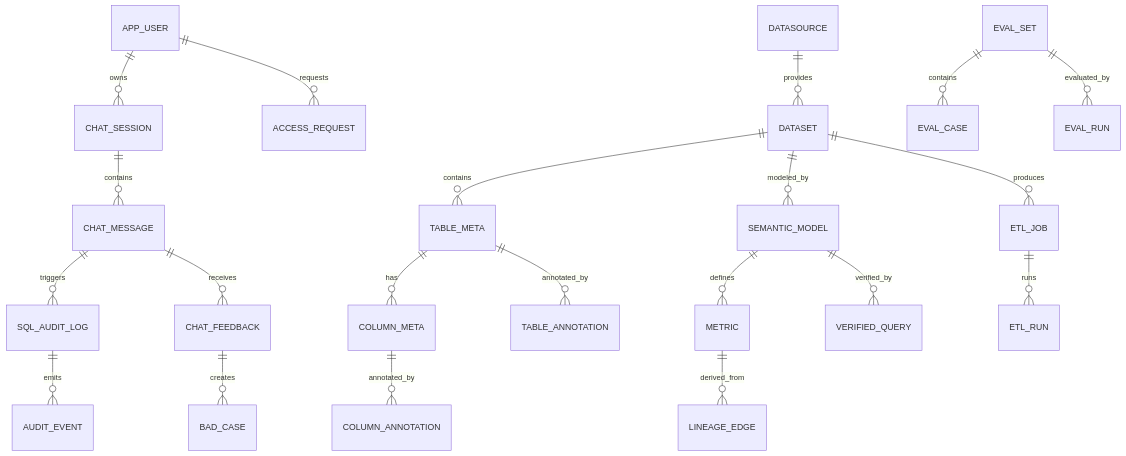
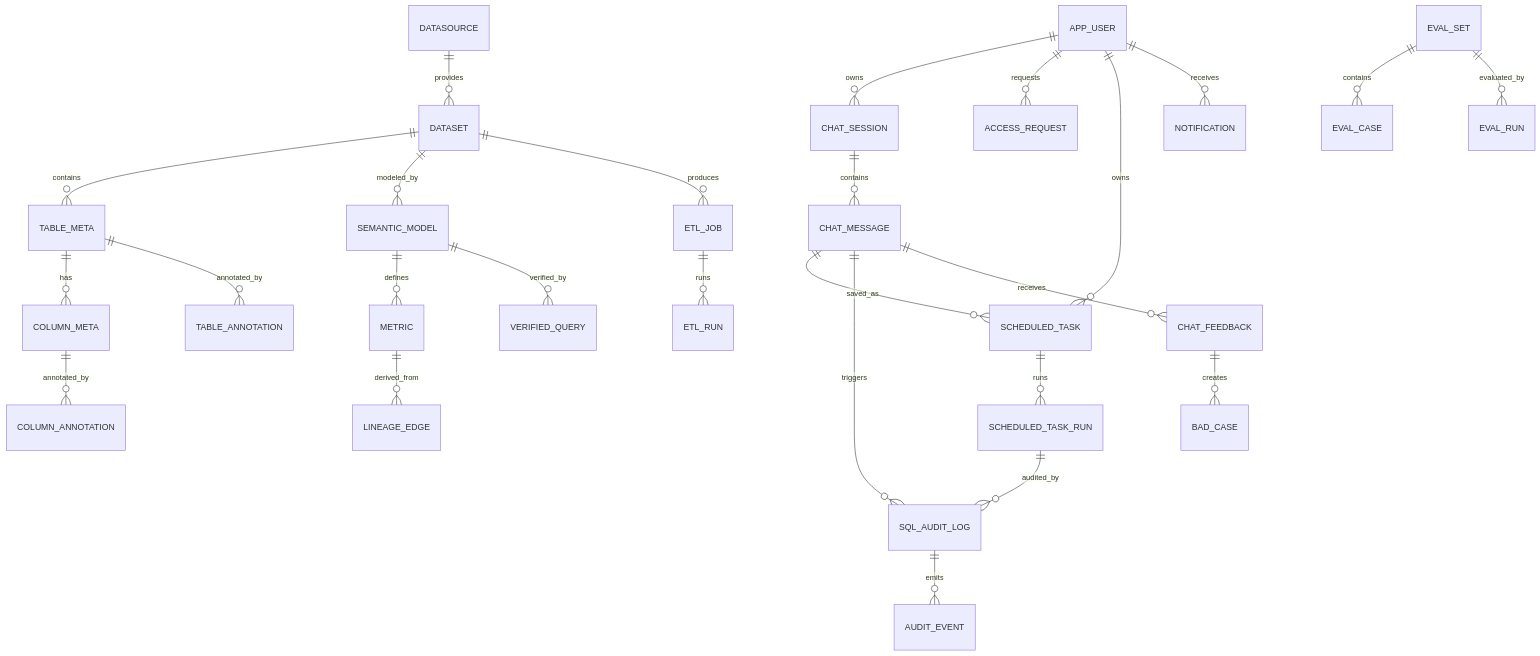
One commit to huansi-group/orchard changed diagram 13 of 18 in docs/dataagent/03-functional-design.md. Above: the diagram before and after it, drawn with Mermaid. The commit also changed other lines of this file and 8 other files, not shown here.

````diff
--- a/docs/dataagent/03-functional-design.md
+++ b/docs/dataagent/03-functional-design.md
@@ -908,23 +1064,28 @@
 ```mermaid
 erDiagram
   APP_USER ||--o{ CHAT_SESSION : owns
   APP_USER ||--o{ ACCESS_REQUEST : requests
   DATASOURCE ||--o{ DATASET : provides
   DATASET ||--o{ TABLE_META : contains
   TABLE_META ||--o{ COLUMN_META : has
   TABLE_META ||--o{ TABLE_ANNOTATION : annotated_by
   COLUMN_META ||--o{ COLUMN_ANNOTATION : annotated_by
   DATASET ||--o{ SEMANTIC_MODEL : modeled_by
   SEMANTIC_MODEL ||--o{ METRIC : defines
   SEMANTIC_MODEL ||--o{ VERIFIED_QUERY : verified_by
   CHAT_SESSION ||--o{ CHAT_MESSAGE : contains
+  CHAT_MESSAGE ||--o{ SCHEDULED_TASK : saved_as
+  APP_USER ||--o{ SCHEDULED_TASK : owns
+  SCHEDULED_TASK ||--o{ SCHEDULED_TASK_RUN : runs
+  SCHEDULED_TASK_RUN ||--o{ SQL_AUDIT_LOG : audited_by
+  APP_USER ||--o{ NOTIFICATION : receives
   CHAT_MESSAGE ||--o{ SQL_AUDIT_LOG : triggers
   SQL_AUDIT_LOG ||--o{ AUDIT_EVENT : emits
   DATASET ||--o{ ETL_JOB : produces
   ETL_JOB ||--o{ ETL_RUN : runs
   METRIC ||--o{ LINEAGE_EDGE : derived_from
   CHAT_MESSAGE ||--o{ CHAT_FEEDBACK : receives
   CHAT_FEEDBACK ||--o{ BAD_CASE : creates
   EVAL_SET ||--o{ EVAL_CASE : contains
   EVAL_SET ||--o{ EVAL_RUN : evaluated_by
 ```
````
